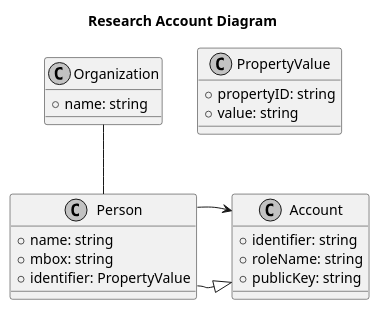
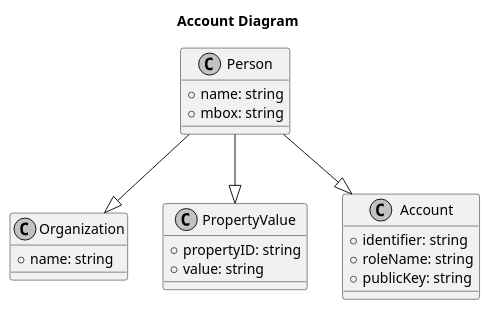
Before and after one commit to OliveiraEdu/d-OSP: the diagram in diagrams/plantUML/account_class.wsd, drawn with PlantUML. The commit also changed 39 other files, not shown here.

```diff
--- a/diagrams/plantUML/account_class.wsd
+++ b/diagrams/plantUML/account_class.wsd
@@ -1,35 +1,32 @@
-@startuml
-title Research Account Diagram
+@startuml account_class
+
+title Account Diagram
 skinparam monochrome true
+
+top to bottom direction
 
 class Person {
   + name: string
   + mbox: string
-  + identifier: PropertyValue
 }
 
 class Organization {
   + name: string
 }
 
 class PropertyValue {
   + propertyID: string
   + value: string
 }
 
 class Account {
   + identifier: string
   + roleName: string
   + publicKey: string
 }
 
 Person --|> Account
-
-Organization -- Person
-
-Person -right-> Account
-
-
-
+Person --|> Organization
+Person --|> PropertyValue
 
 @enduml
```
